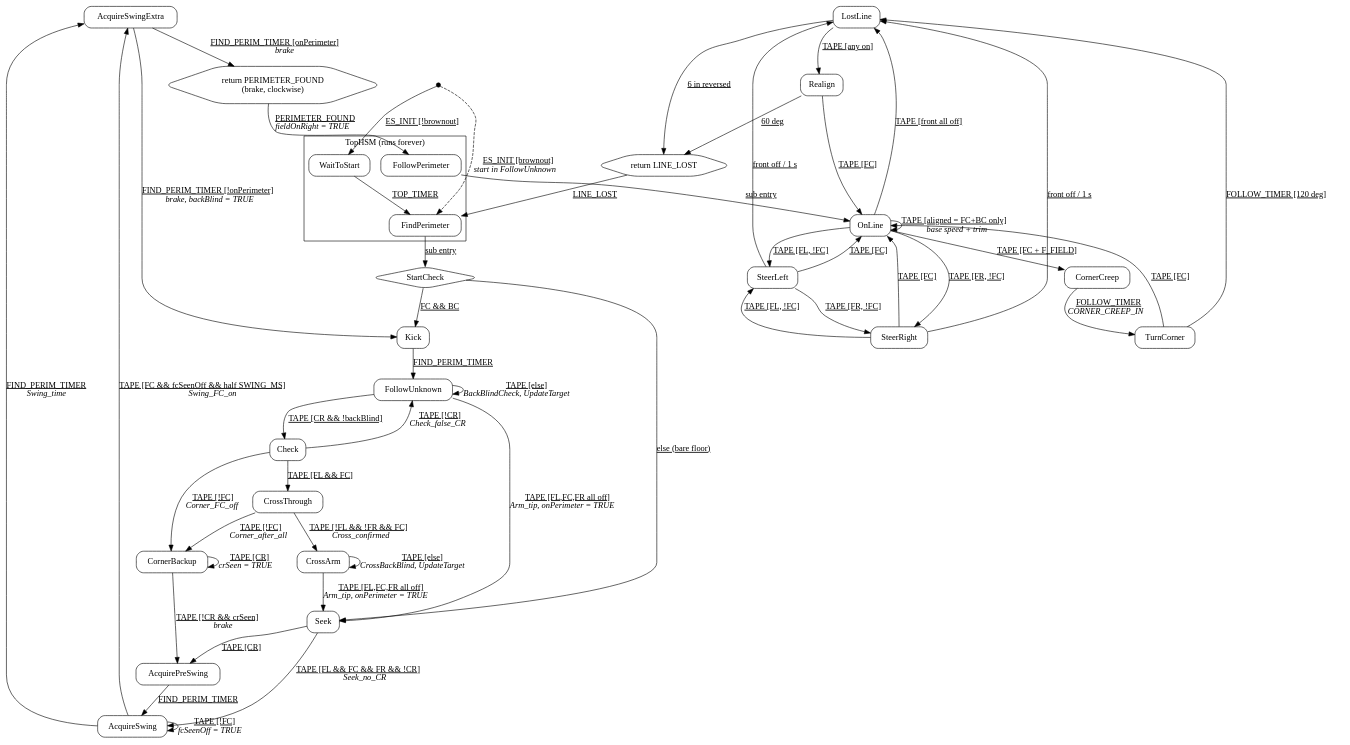
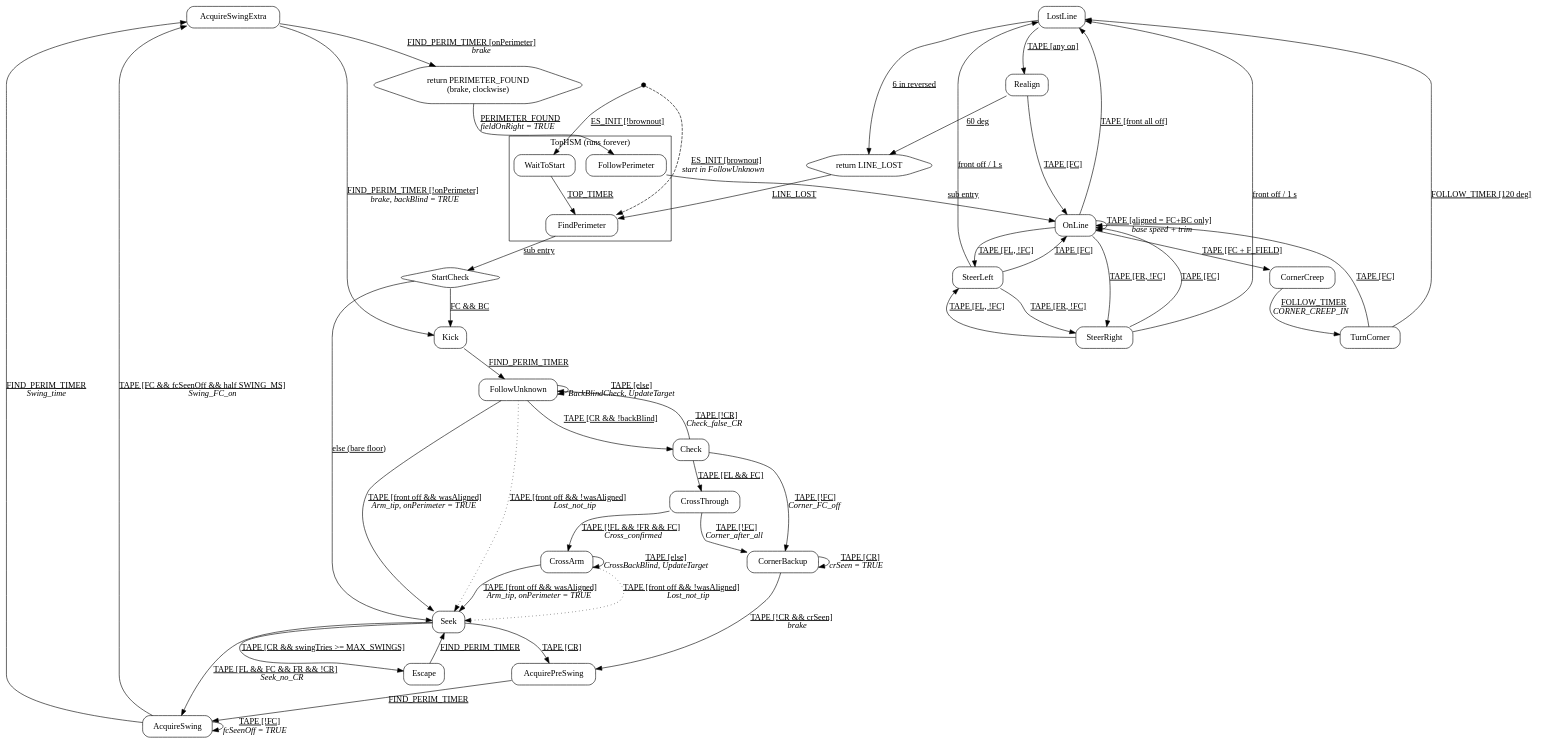
The diagram in PerimeterRunFSM.gv (mechr718-oss/final_info_bank), drawn with Graphviz before and after one commit. The commit also changed 2 other files, not shown here.

Commit message:
Fix Find perimeter circling at the cross: arm tip needs aligned first, swing budget + Escape
Claude-Session: https://claude.ai/code/session_01XvTyc5cHodjUY5M9njxdCM

```diff
--- a/PerimeterRunFSM.gv
+++ b/PerimeterRunFSM.gv
@@ -1,59 +1,63 @@
 digraph PerimeterRun {
     rankdir=TB;
     init [shape="point", color="black", style="filled", width=.1];
     node [shape=box, style=rounded];
     StartCheck [shape=diamond];
     PERIMETER_FOUND [shape=hexagon, label="return PERIMETER_FOUND\n(brake, clockwise)"];
     LINE_LOST [shape=hexagon, label="return LINE_LOST"];
     subgraph cluster_top { label="TopHSM (runs forever)";
         WaitToStart; FindPerimeter; FollowPerimeter;
     }
     init -> WaitToStart [label=<<u>ES_INIT [!brownout]</u>>];
     init -> FindPerimeter [style=dashed, label=<<u>ES_INIT [brownout]</u><br/><i>start in FollowUnknown</i>>];
     WaitToStart -> FindPerimeter [label=<<u>TOP_TIMER</u>>];
     FindPerimeter -> StartCheck [label=<<u>sub entry</u>>];
     PERIMETER_FOUND -> FollowPerimeter [label=<<u>PERIMETER_FOUND</u><br/><i>fieldOnRight = TRUE</i>>];
     FollowPerimeter -> OnLine [label=<<u>sub entry</u>>];
     LINE_LOST -> FindPerimeter [label=<<u>LINE_LOST</u>>];
     OnLine -> OnLine [label=<<u>TAPE [aligned = FC+BC only]</u><br/><i>base speed + trim</i>>];
     OnLine -> SteerLeft [label=<<u>TAPE [FL, !FC]</u>>];
     OnLine -> SteerRight [label=<<u>TAPE [FR, !FC]</u>>];
     SteerLeft -> OnLine [label=<<u>TAPE [FC]</u>>];
     SteerRight -> OnLine [label=<<u>TAPE [FC]</u>>];
     SteerLeft -> SteerRight [label=<<u>TAPE [FR, !FC]</u>>];
     SteerRight -> SteerLeft [label=<<u>TAPE [FL, !FC]</u>>];
     OnLine -> CornerCreep [label=<<u>TAPE [FC + F_FIELD]</u>>];
     CornerCreep -> TurnCorner [label=<<u>FOLLOW_TIMER</u><br/><i>CORNER_CREEP_IN</i>>];
     TurnCorner -> OnLine [label=<<u>TAPE [FC]</u>>];
     TurnCorner -> LostLine [label=<<u>FOLLOW_TIMER [120 deg]</u>>];
     OnLine -> LostLine [label=<<u>TAPE [front all off]</u>>];
     SteerLeft -> LostLine [label=<<u>front off / 1 s</u>>];
     SteerRight -> LostLine [label=<<u>front off / 1 s</u>>];
     LostLine -> Realign [label=<<u>TAPE [any on]</u>>];
     Realign -> OnLine [label=<<u>TAPE [FC]</u>>];
     LostLine -> LINE_LOST [label=<<u>6 in reversed</u>>];
     Realign -> LINE_LOST [label=<<u>60 deg</u>>];
     StartCheck -> Kick [label=<<u>FC &amp;&amp; BC</u>>];
     StartCheck -> Seek [label=<<u>else (bare floor)</u>>];
     Kick -> FollowUnknown [label=<<u>FIND_PERIM_TIMER</u>>];
-    FollowUnknown -> Seek [label=<<u>TAPE [FL,FC,FR all off]</u><br/><i>Arm_tip, onPerimeter = TRUE</i>>];
+    FollowUnknown -> Seek [label=<<u>TAPE [front off &amp;&amp; wasAligned]</u><br/><i>Arm_tip, onPerimeter = TRUE</i>>];
+    FollowUnknown -> Seek [style=dotted, label=<<u>TAPE [front off &amp;&amp; !wasAligned]</u><br/><i>Lost_not_tip</i>>];
     FollowUnknown -> Check [label=<<u>TAPE [CR &amp;&amp; !backBlind]</u>>];
     FollowUnknown -> FollowUnknown [label=<<u>TAPE [else]</u><br/><i>BackBlindCheck, UpdateTarget</i>>];
     Check -> CrossThrough [label=<<u>TAPE [FL &amp;&amp; FC]</u>>];
     Check -> CornerBackup [label=<<u>TAPE [!FC]</u><br/><i>Corner_FC_off</i>>];
     Check -> FollowUnknown [label=<<u>TAPE [!CR]</u><br/><i>Check_false_CR</i>>];
     CrossThrough -> CrossArm [label=<<u>TAPE [!FL &amp;&amp; !FR &amp;&amp; FC]</u><br/><i>Cross_confirmed</i>>];
     CrossThrough -> CornerBackup [label=<<u>TAPE [!FC]</u><br/><i>Corner_after_all</i>>];
-    CrossArm -> Seek [label=<<u>TAPE [FL,FC,FR all off]</u><br/><i>Arm_tip, onPerimeter = TRUE</i>>];
+    CrossArm -> Seek [label=<<u>TAPE [front off &amp;&amp; wasAligned]</u><br/><i>Arm_tip, onPerimeter = TRUE</i>>];
+    CrossArm -> Seek [style=dotted, label=<<u>TAPE [front off &amp;&amp; !wasAligned]</u><br/><i>Lost_not_tip</i>>];
     CrossArm -> CrossArm [label=<<u>TAPE [else]</u><br/><i>CrossBackBlind, UpdateTarget</i>>];
+    Seek -> Escape [label=<<u>TAPE [CR &amp;&amp; swingTries &gt;= MAX_SWINGS]</u>>];
+    Escape -> Seek [label=<<u>FIND_PERIM_TIMER</u>>];
     Seek -> AcquirePreSwing [label=<<u>TAPE [CR]</u>>];
     Seek -> AcquireSwing [label=<<u>TAPE [FL &amp;&amp; FC &amp;&amp; FR &amp;&amp; !CR]</u><br/><i>Seek_no_CR</i>>];
     CornerBackup -> CornerBackup [label=<<u>TAPE [CR]</u><br/><i>crSeen = TRUE</i>>];
     CornerBackup -> AcquirePreSwing [label=<<u>TAPE [!CR &amp;&amp; crSeen]</u><br/><i>brake</i>>];
     AcquirePreSwing -> AcquireSwing [label=<<u>FIND_PERIM_TIMER</u>>];
     AcquireSwing -> AcquireSwing [label=<<u>TAPE [!FC]</u><br/><i>fcSeenOff = TRUE</i>>];
     AcquireSwing -> AcquireSwingExtra [label=<<u>TAPE [FC &amp;&amp; fcSeenOff &amp;&amp; half SWING_MS]</u><br/><i>Swing_FC_on</i>>];
     AcquireSwing -> AcquireSwingExtra [label=<<u>FIND_PERIM_TIMER</u><br/><i>Swing_time</i>>];
     AcquireSwingExtra -> PERIMETER_FOUND [label=<<u>FIND_PERIM_TIMER [onPerimeter]</u><br/><i>brake</i>>];
     AcquireSwingExtra -> Kick [label=<<u>FIND_PERIM_TIMER [!onPerimeter]</u><br/><i>brake, backBlind = TRUE</i>>];
 }
```
